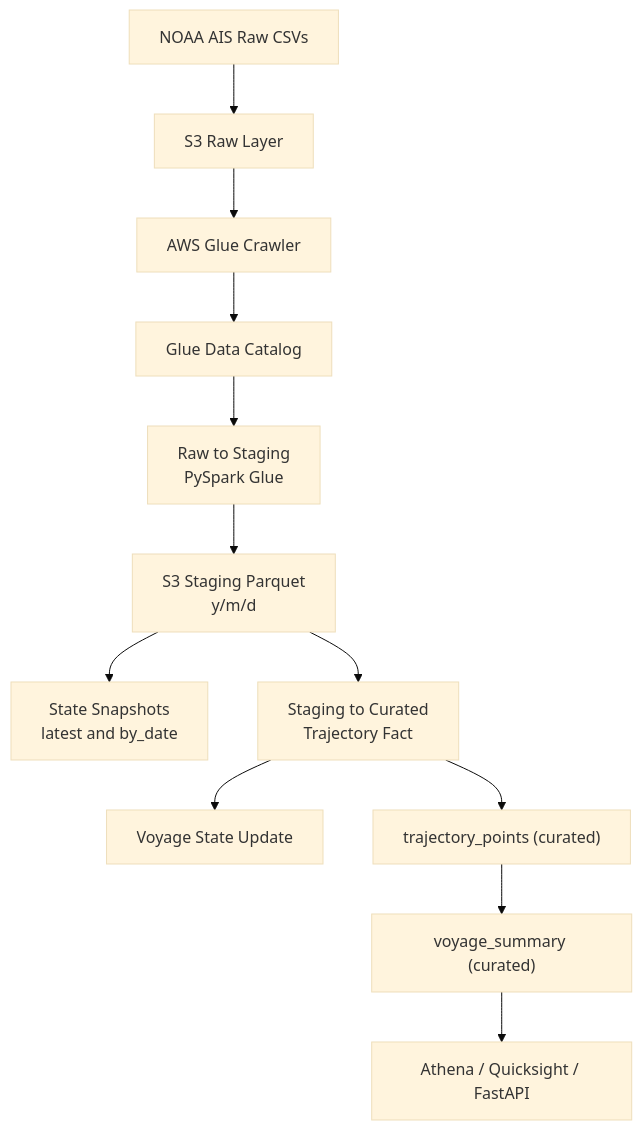
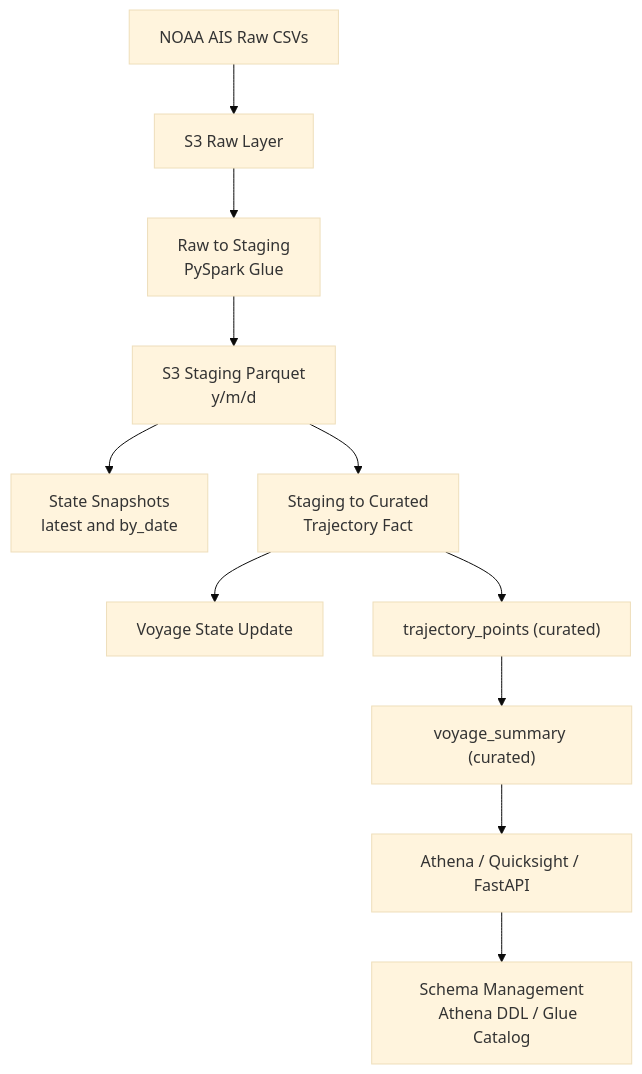
The first of 3 diagrams in README.md (SivaPrasath26/noaa-ais-glue-lakehouse), drawn with Mermaid (base theme) before and after one commit. The commit also changed other lines of this file, not shown here.

Commit message:
Revise flow diagrams and add lookup tables
Updated mermaid diagrams and added lookup tables section.

````diff
--- a/README.md
+++ b/README.md
@@ -15,18 +15,26 @@
 ```mermaid
 graph TD
     A["NOAA AIS Raw CSVs"] --> B["S3 Raw Layer"]
-    B --> C["AWS Glue Crawler"]
-    C --> D["Glue Data Catalog"]
-    D --> E["Raw to Staging
- PySpark Glue"]
-    E --> F["S3 Staging Parquet
- y/m/d"]
-    F --> G["State Snapshots
- latest and by_date"]
-    F --> H["Staging to Curated
-  Trajectory Fact"]
-    H --> I["Voyage State Update"]
-    H --> J["trajectory_points (curated)"]
-    J --> K["voyage_summary (curated)"]
-    K --> L["Athena / Quicksight / FastAPI"]
+
+    B --> C["Raw to Staging
+    PySpark Glue"]
+
+    C --> D["S3 Staging Parquet
+    y/m/d"]
+
+    D --> E["State Snapshots
+    latest and by_date"]
+    D --> F["Staging to Curated
+    Trajectory Fact"]
+
+    F --> G["Voyage State Update"]
+    F --> H["trajectory_points (curated)"]
+
+    H --> I["voyage_summary (curated)"]
+
+    I --> J["Athena / Quicksight / FastAPI"]
+
+    J --> K["Schema Management
+    Athena DDL / Glue Catalog"]
+
 ```
````
